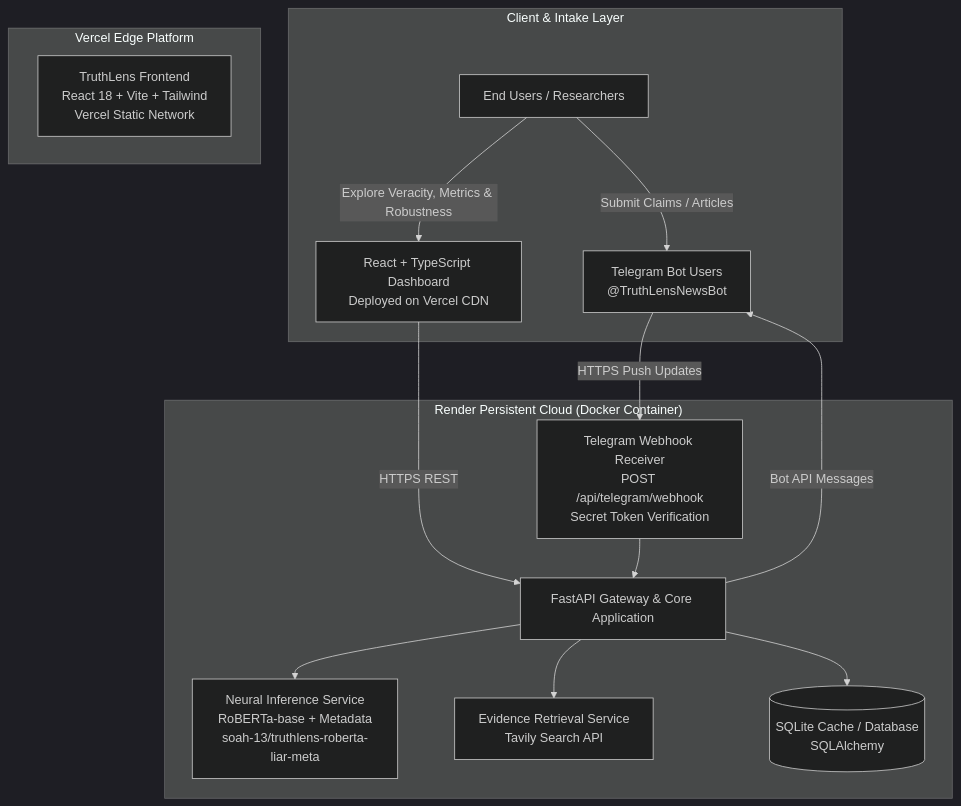
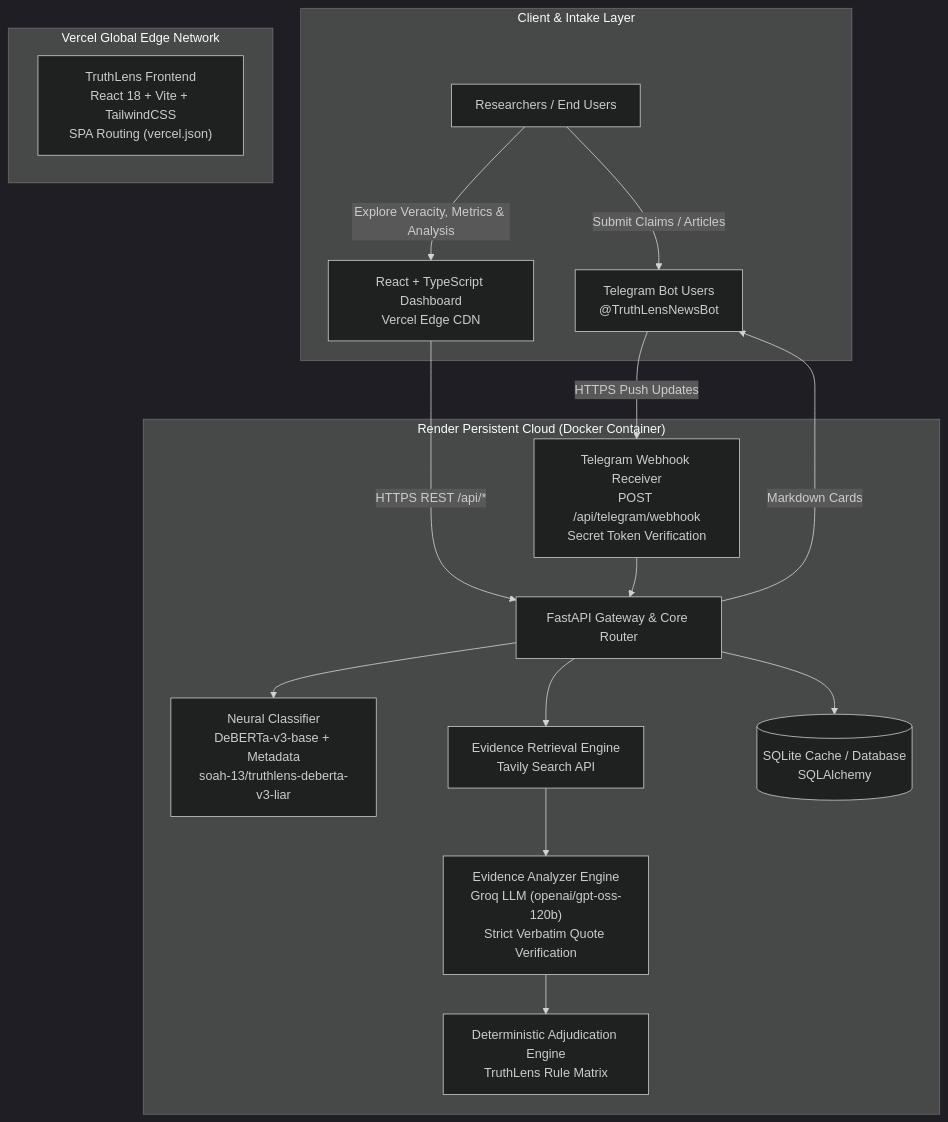
Before and after one commit to Soah1312/TruthLens: the first of 2 diagrams in docs/ARCHITECTURE.md, drawn with Mermaid (dark theme). The commit also changed other lines of this file and 16 other files, not shown here.

Commit message:
docs: overhaul README with Mermaid diagrams and clean up repository for submission

````diff
--- a/docs/ARCHITECTURE.md
+++ b/docs/ARCHITECTURE.md
@@ -9,31 +9,35 @@
 ```mermaid
 flowchart TD
     subgraph ClientLayer["Client & Intake Layer"]
-        TG["Telegram Bot Users\n@TruthLensNewsBot"]
-        WEB["React + TypeScript Dashboard\nDeployed on Vercel CDN"]
-        USER["End Users / Researchers"]
+        TG["Telegram Bot Users<br/>@TruthLensNewsBot"]
+        WEB["React + TypeScript Dashboard<br/>Vercel Edge CDN"]
+        USER["Researchers / End Users"]
         USER -->|Submit Claims / Articles| TG
-        USER -->|Explore Veracity, Metrics & Robustness| WEB
+        USER -->|Explore Veracity, Metrics & Analysis| WEB
     end
 
-    subgraph HostingFrontend["Vercel Edge Platform"]
-        VERCEL["TruthLens Frontend\nReact 18 + Vite + Tailwind\nVercel Static Network"]
+    subgraph HostingFrontend["Vercel Global Edge Network"]
+        VERCEL["TruthLens Frontend<br/>React 18 + Vite + TailwindCSS<br/>SPA Routing (vercel.json)"]
     end
 
     subgraph HostingBackend["Render Persistent Cloud (Docker Container)"]
-        FASTAPI["FastAPI Gateway & Core Application"]
-        ROBERTA["Neural Inference Service\nRoBERTa-base + Metadata\nsoah-13/truthlens-roberta-liar-meta"]
-        TAVILY["Evidence Retrieval Service\nTavily Search API"]
-        WEBHOOK["Telegram Webhook Receiver\nPOST /api/telegram/webhook\nSecret Token Verification"]
-        DB[(SQLite Cache / Database\nSQLAlchemy)]
+        FASTAPI["FastAPI Gateway & Core Router"]
+        DEBERTA["Neural Classifier<br/>DeBERTa-v3-base + Metadata<br/>soah-13/truthlens-deberta-v3-liar"]
+        TAVILY["Evidence Retrieval Engine<br/>Tavily Search API"]
+        GROQ["Evidence Analyzer Engine<br/>Groq LLM (openai/gpt-oss-120b)<br/>Strict Verbatim Quote Verification"]
+        WEBHOOK["Telegram Webhook Receiver<br/>POST /api/telegram/webhook<br/>Secret Token Verification"]
+        RULE["Deterministic Adjudication Engine<br/>TruthLens Rule Matrix"]
+        DB[(SQLite Cache / Database<br/>SQLAlchemy)]
     end
 
     %% Communications
-    WEB -->|HTTPS REST| FASTAPI
+    WEB -->|HTTPS REST /api/*| FASTAPI
     TG -->|HTTPS Push Updates| WEBHOOK
     WEBHOOK --> FASTAPI
-    FASTAPI --> ROBERTA
+    FASTAPI --> DEBERTA
     FASTAPI --> TAVILY
+    TAVILY --> GROQ
+    GROQ --> RULE
     FASTAPI --> DB
-    FASTAPI -->|Bot API Messages| TG
+    FASTAPI -->|Markdown Cards| TG
 ```
````
